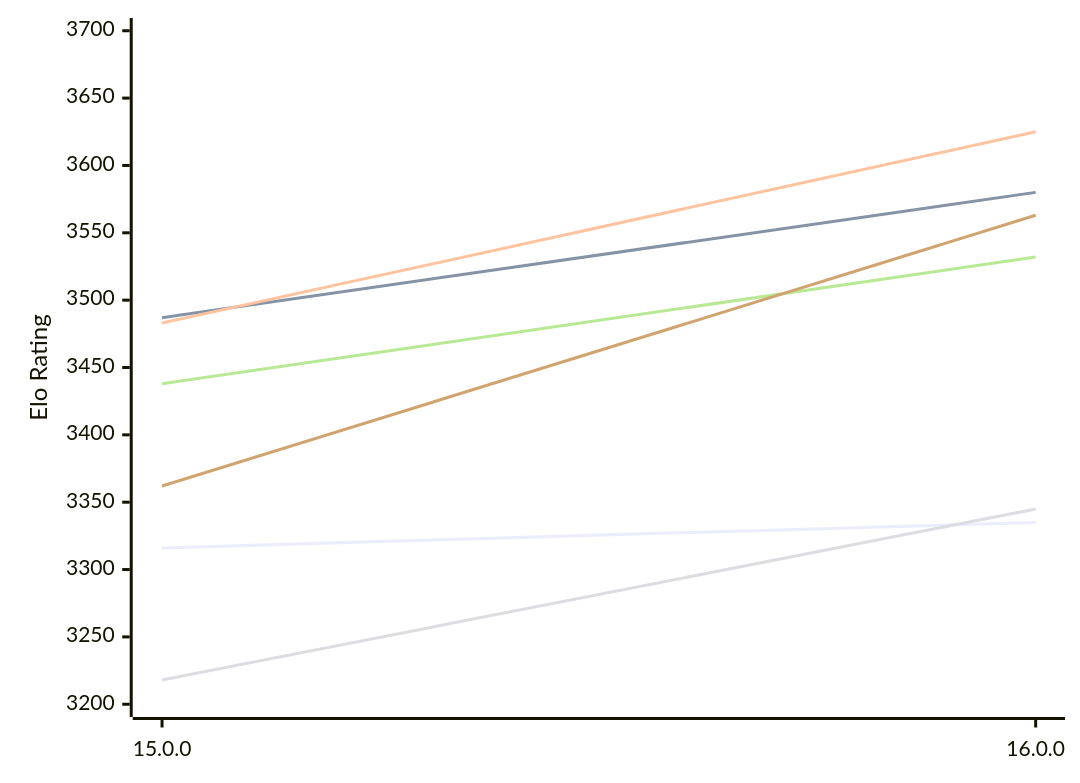
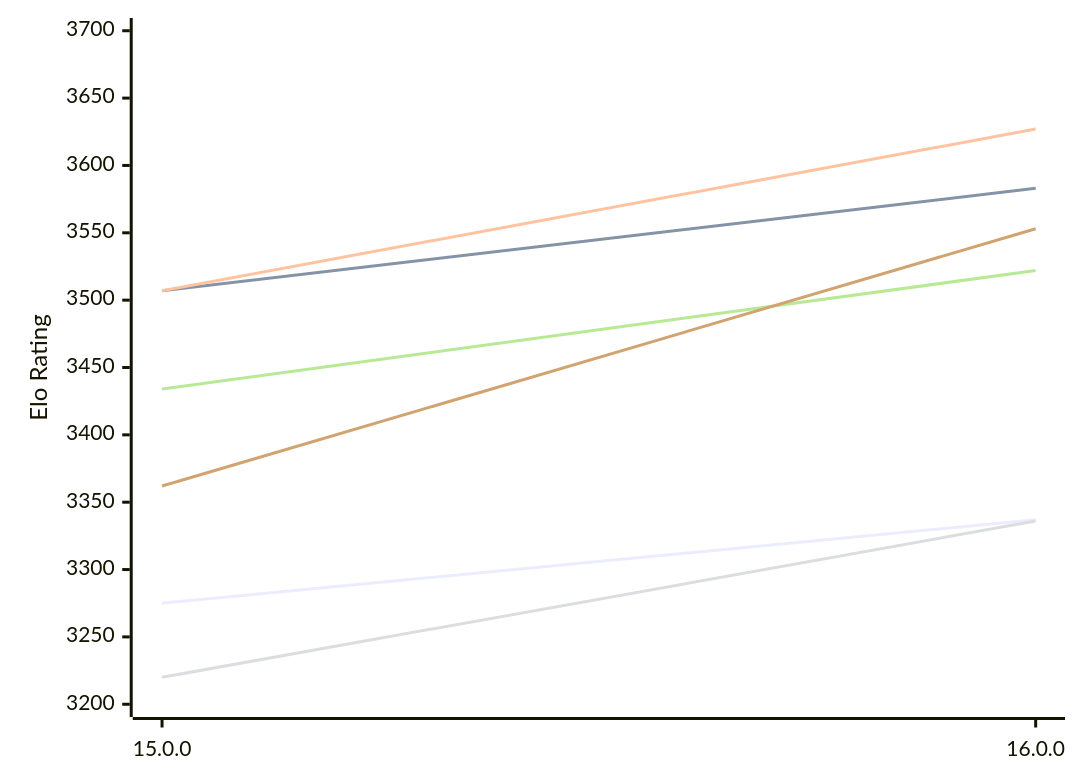
One commit to computer-chess-index/cci changed the first of 2 diagrams in engines/Halogen.md. Above: the diagram before and after it, drawn with Mermaid. The commit also changed other lines of this file, not shown here.

Commit message:
Update CCI Ratings (ELO VLTC) - 2026-11-15

````diff
--- a/engines/Halogen.md
+++ b/engines/Halogen.md
@@ -50,12 +50,12 @@
 ```mermaid
 %%{init: {"theme":"base","themeVariables":{"seriesColors:['#a3a3a3','#222221','#faa371']}}}%%
 xychart-beta
   x-axis ["15.0.0", "16.0.0"]
   y-axis "Elo Rating" 3200 --> 3700
-  line "E1: STC (8.0+0.08s)" [3316, 3335]
-  line "E1: LTC (60.0+0.60s)" [3487, 3580]
-  line "E1: VLTC (2m24s+1.12s)" [3483, 3625]
-  line "P1: STC (8.0+0.08s)" [3218, 3345]
-  line "P1: LTC (60.0+0.60s)" [3438, 3532]
-  line "P1: VLTC (2m24s+1.12s)" [3362, 3563]
+  line "E1: STC (8.0+0.08s)" [3275, 3337]
+  line "E1: LTC (60.0+0.60s)" [3507, 3583]
+  line "E1: VLTC (2m24s+1.12s)" [3507, 3627]
+  line "P1: STC (8.0+0.08s)" [3220, 3336]
+  line "P1: LTC (60.0+0.60s)" [3434, 3522]
+  line "P1: VLTC (2m24s+1.12s)" [3362, 3553]
 ```
````
